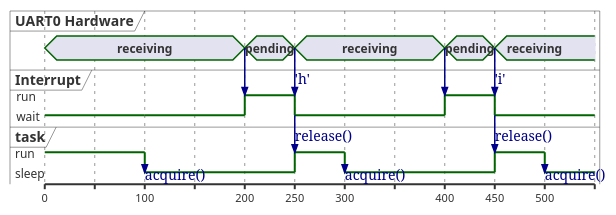
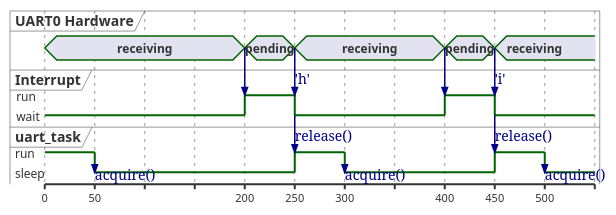
One commit to cfogelklou/os-concepts-for-dummies changed the fifth of 5 diagrams in README.md. Above: the diagram before and after it, drawn with PlantUML. The commit also changed other lines of this file, not shown here.

````diff
--- a/README.md
+++ b/README.md
@@ -293,44 +328,44 @@
 ```plantuml
 @startuml
 concise "UART0 Hardware" as uart
 robust "Interrupt" as int
-robust "task" as task
+robust "uart_task" as task
 int has run,wait
 task has run,sleep
 @0
 uart is receiving
 int is wait
 task is run
-@100
+@50
 task->task:acquire()
 int is wait
 task is sleep
 @200
 uart->int
 uart is pending
 int is run
 @250
 uart is receiving
 uart->int:'h'
 int->task:release()
 int is wait
 task is run
 @300
 task is sleep
 task->task:acquire()
 @400
 uart->int
 uart is pending
 int is run
 @450
 uart is receiving
 uart->int:'i'
 int->task:release()
 int is wait
 task is run
 @500
 task is sleep
 task->task:acquire()
 
 @enduml
 ```
````
